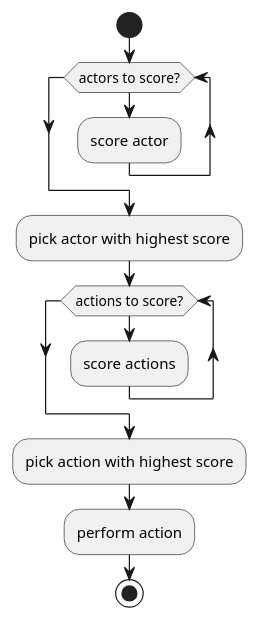
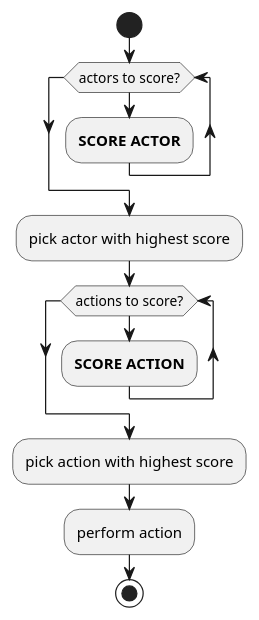
Before and after one commit to djwhitt/madison-clojure-zetawar-evolution-2017: the third of 3 diagrams in index.org, drawn with PlantUML. The commit also changed other lines of this file and 5 other files, not shown here.

```diff
--- a/index.org
+++ b/index.org
@@ -374,15 +445,15 @@
   #+BEGIN_SRC plantuml :file images/ai_interface.png
   start
 
   while (actors to score?)
-    :score actor;
+    :**SCORE ACTOR**;
   endwhile
   :pick actor with highest score;
   while (actions to score?)
-    :score actions;
+    :**SCORE ACTION**;
   endwhile
   :pick action with highest score;
   :perform action;
 
   stop
   #+END_SRC
```
